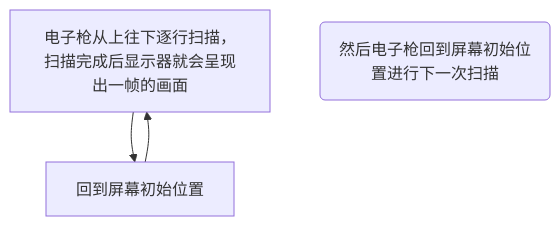
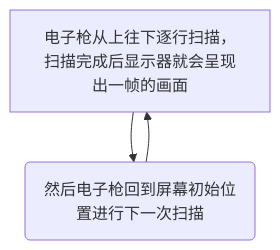
The diagram in Blogs/iOS/17-渲染原理.md (i-stack/STSourceCodeProject), drawn with Mermaid before and after one commit. The commit also changed other lines of this file, not shown here.

````diff
--- a/Blogs/iOS/17-渲染原理.md
+++ b/Blogs/iOS/17-渲染原理.md
@@ -37,10 +41,10 @@
 ```mermaid
 graph TD
 
 电子枪["电子枪从上往下逐行扫描，扫描完成后显示器就会呈现出一帧的画面"]
 
-回到屏幕屏幕初始位置(然后电子枪回到屏幕初始位置进行下一次扫描)
+回到屏幕初始位置(然后电子枪回到屏幕初始位置进行下一次扫描)
 
 电子枪 --> 回到屏幕初始位置 --> 电子枪
 
 ```
````
